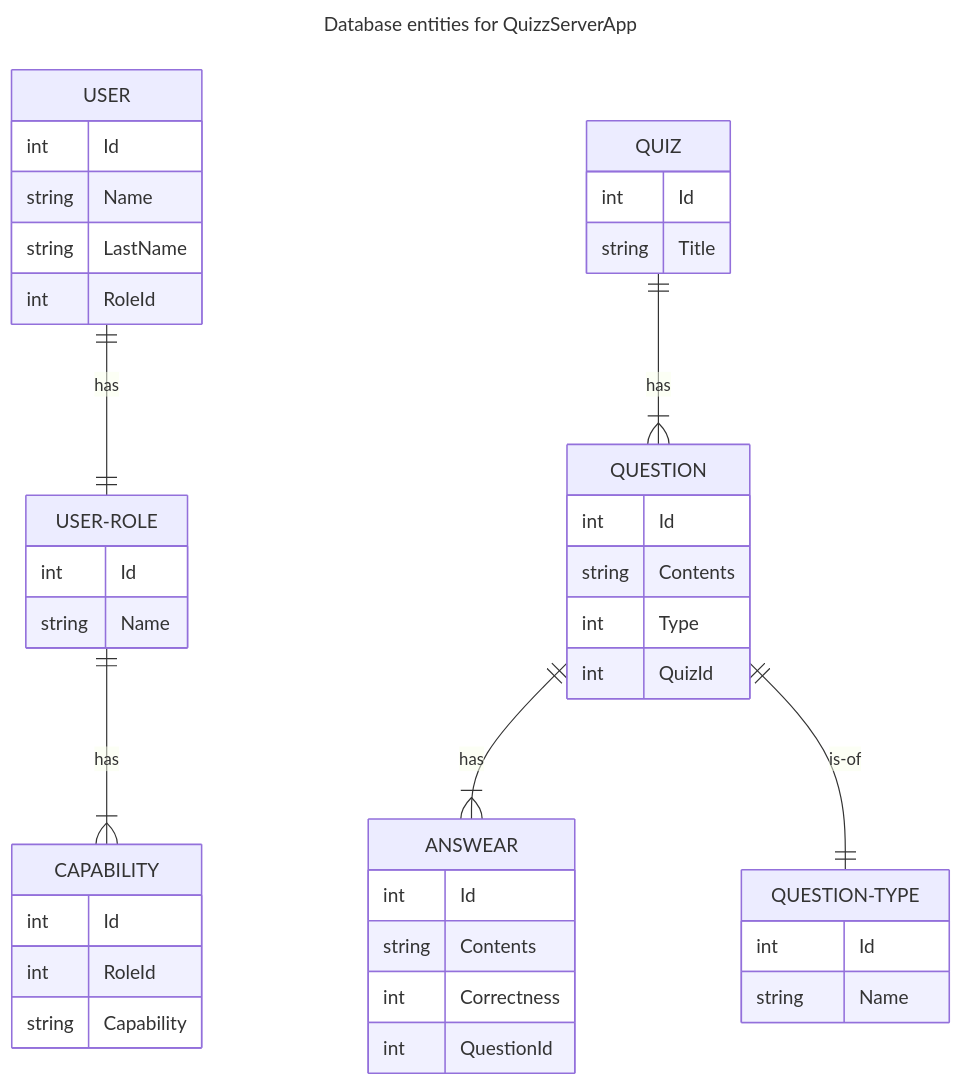
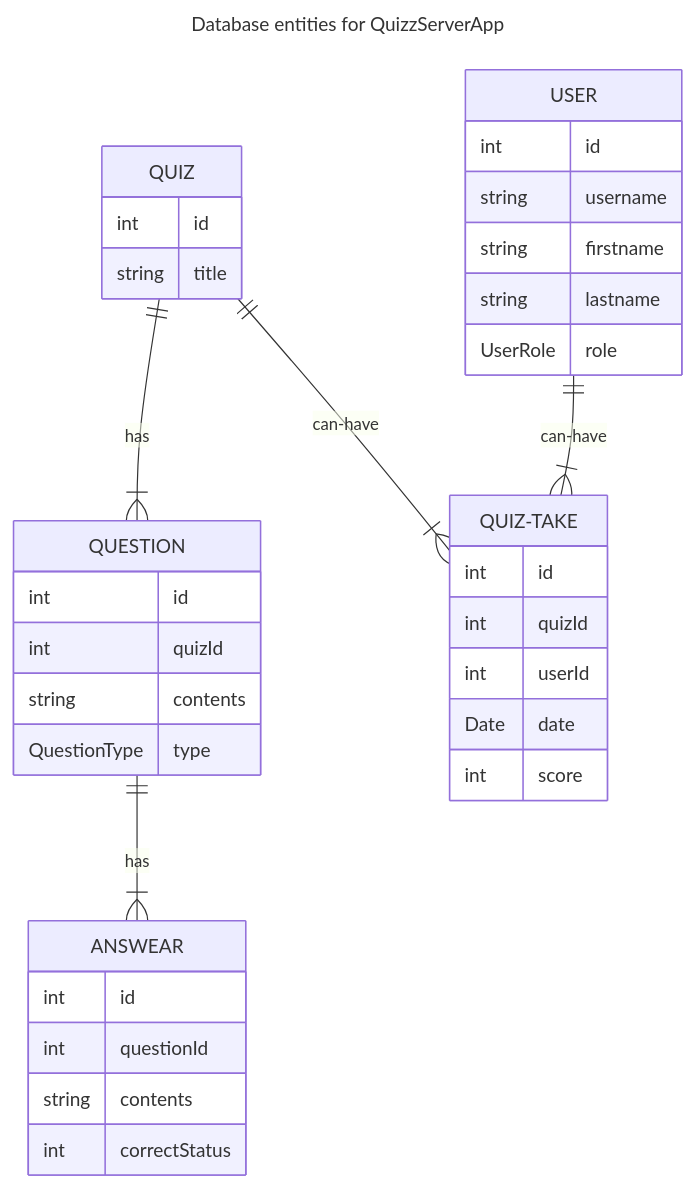
Before and after one commit to mm-sokol/quiz: the diagram in docs/entities.md, drawn with Mermaid. The commit also changed 8 other files, not shown here.

````diff
--- a/docs/entities.md
+++ b/docs/entities.md
@@ -1,54 +1,46 @@
 ```mermaid
 ---
 title: Database entities for QuizzServerApp
 ---
 erDiagram
-    USER ||--|| USER-ROLE : has
     USER {
-        int Id
-        string Name
-        string LastName
-        int RoleId
-    }
-
-    USER-ROLE ||--|{ CAPABILITY : has
-    USER-ROLE {
-        int Id
-        string Name
-    }
-
-    CAPABILITY {
-        int Id
-        int RoleId
-        string Capability
+        int id
+        string username
+        string firstname
+        string lastname
+        UserRole role
     }
 
 
     QUIZ ||--|{ QUESTION : has
     QUIZ {
-        int Id
-        string Title
+        int id
+        string title
     }
 
     QUESTION ||--|{ ANSWEAR : has
-    QUESTION ||--|| QUESTION-TYPE : is-of
     QUESTION {
-        int Id
-        string Contents
-        int Type
-        int QuizId
-    }
-
-    QUESTION-TYPE {
-        int Id
-        string Name
+        int id
+        int quizId
+        string contents
+        QuestionType type
     }
 
     ANSWEAR {
-        int Id
-        string Contents
-        int Correctness
-        int QuestionId
+        int id
+        int questionId
+        string contents
+        int correctStatus
     }
 
+    QUIZ-TAKE {
+        int id
+        int quizId
+        int userId
+        Date date
+        int score
+    }
+    USER ||--|{ QUIZ-TAKE : can-have
+    QUIZ ||--|{ QUIZ-TAKE : can-have
+
 ```
````
